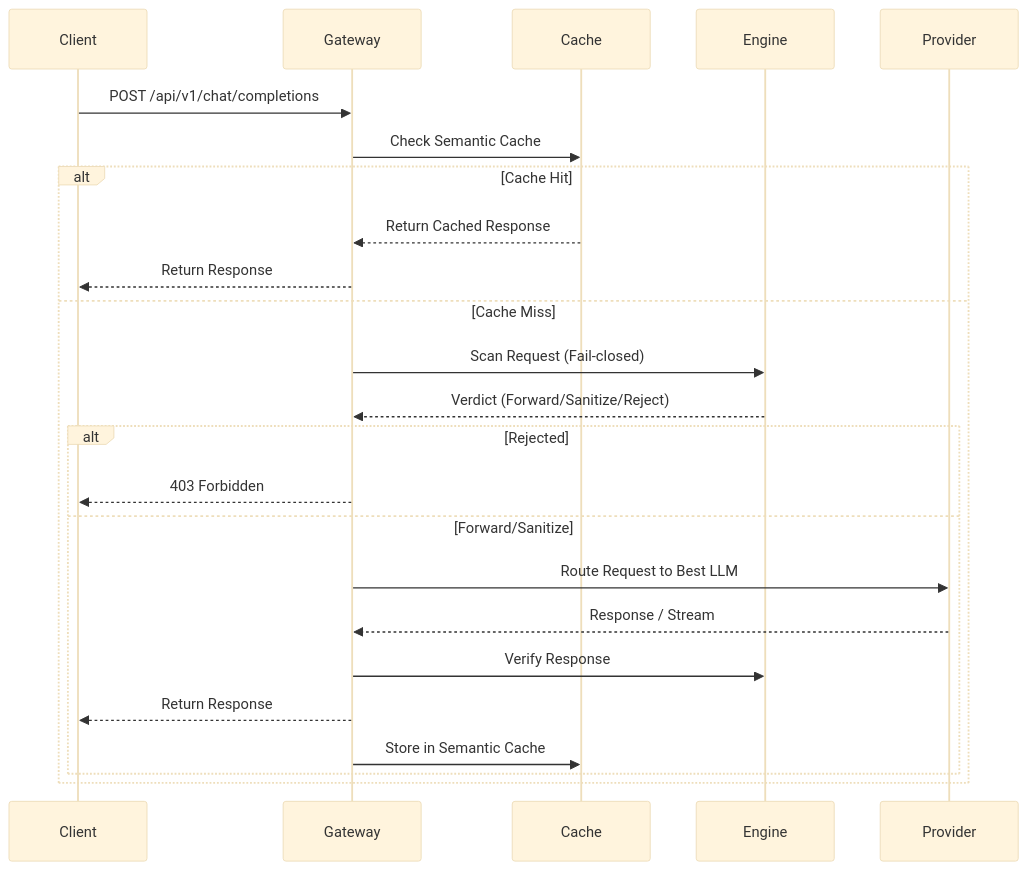
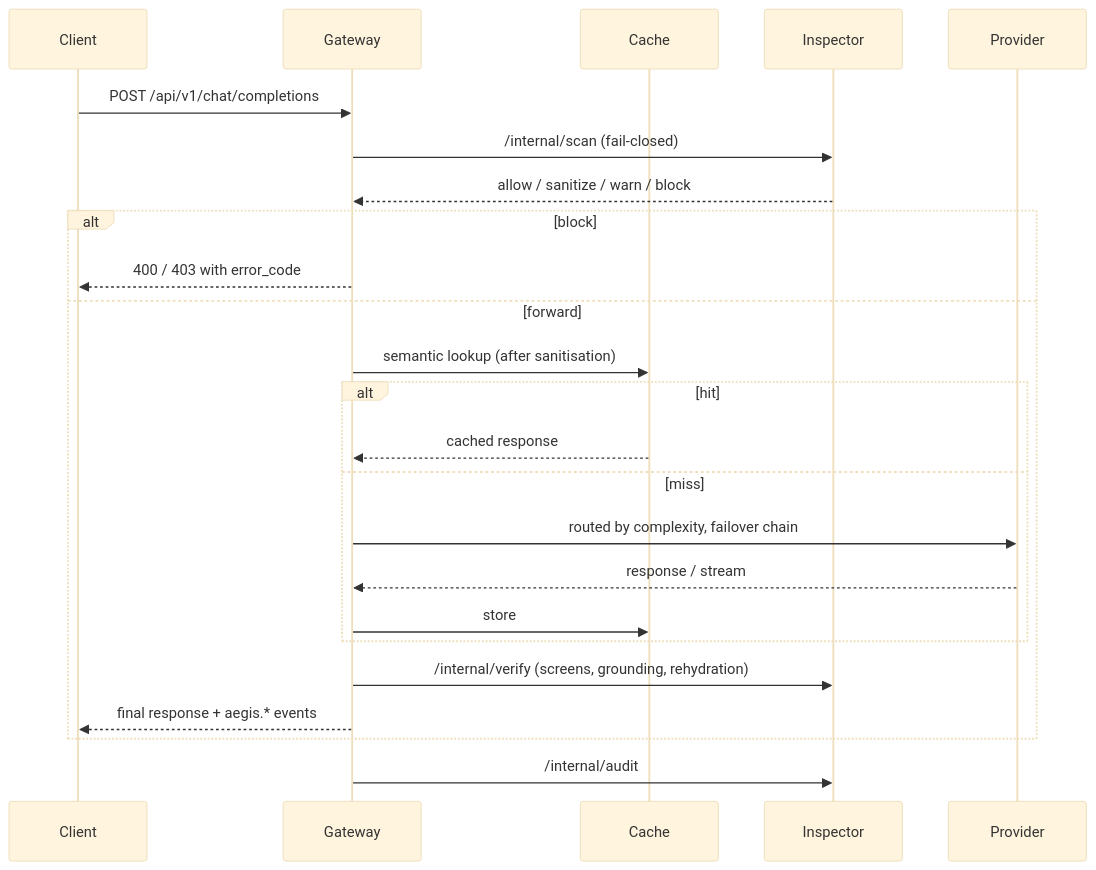
One commit to karthikeya0922/Aegis-Ai changed the diagram in README.md. Above: the diagram before and after it, drawn with Mermaid (base theme). The commit also changed other lines of this file and 7 other files, not shown here.

````diff
--- a/README.md
+++ b/README.md
@@ -47,27 +110,27 @@
 ```mermaid
 sequenceDiagram
     participant Client
     participant Gateway
     participant Cache
-    participant Engine
+    participant Inspector
     participant Provider
-    
+
     Client->>Gateway: POST /api/v1/chat/completions
-    Gateway->>Cache: Check Semantic Cache
-    alt Cache Hit
-        Cache-->>Gateway: Return Cached Response
-        Gateway-->>Client: Return Response
-    else Cache Miss
-        Gateway->>Engine: Scan Request (Fail-closed)
-        Engine-->>Gateway: Verdict (Forward/Sanitize/Reject)
-        alt Rejected
-            Gateway-->>Client: 403 Forbidden
-        else Forward/Sanitize
-            Gateway->>Provider: Route Request to Best LLM
-            Provider-->>Gateway: Response / Stream
-            Gateway->>Engine: Verify Response
-            Gateway-->>Client: Return Response
-            Gateway->>Cache: Store in Semantic Cache
+    Gateway->>Inspector: /internal/scan (fail-closed)
+    Inspector-->>Gateway: allow / sanitize / warn / block
+    alt block
+        Gateway-->>Client: 400 / 403 with error_code
+    else forward
+        Gateway->>Cache: semantic lookup (after sanitisation)
+        alt hit
+            Cache-->>Gateway: cached response
+        else miss
+            Gateway->>Provider: routed by complexity, failover chain
+            Provider-->>Gateway: response / stream
+            Gateway->>Cache: store
         end
+        Gateway->>Inspector: /internal/verify (screens, grounding, rehydration)
+        Gateway-->>Client: final response + aegis.* events
     end
+    Gateway->>Inspector: /internal/audit
 ```
````
